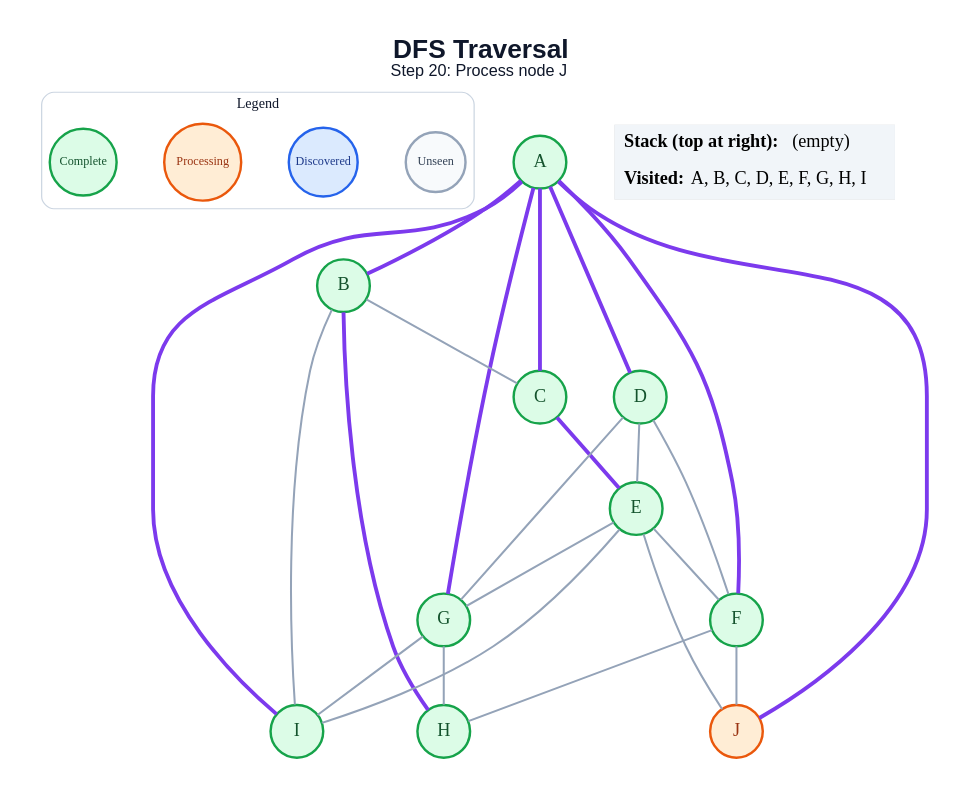
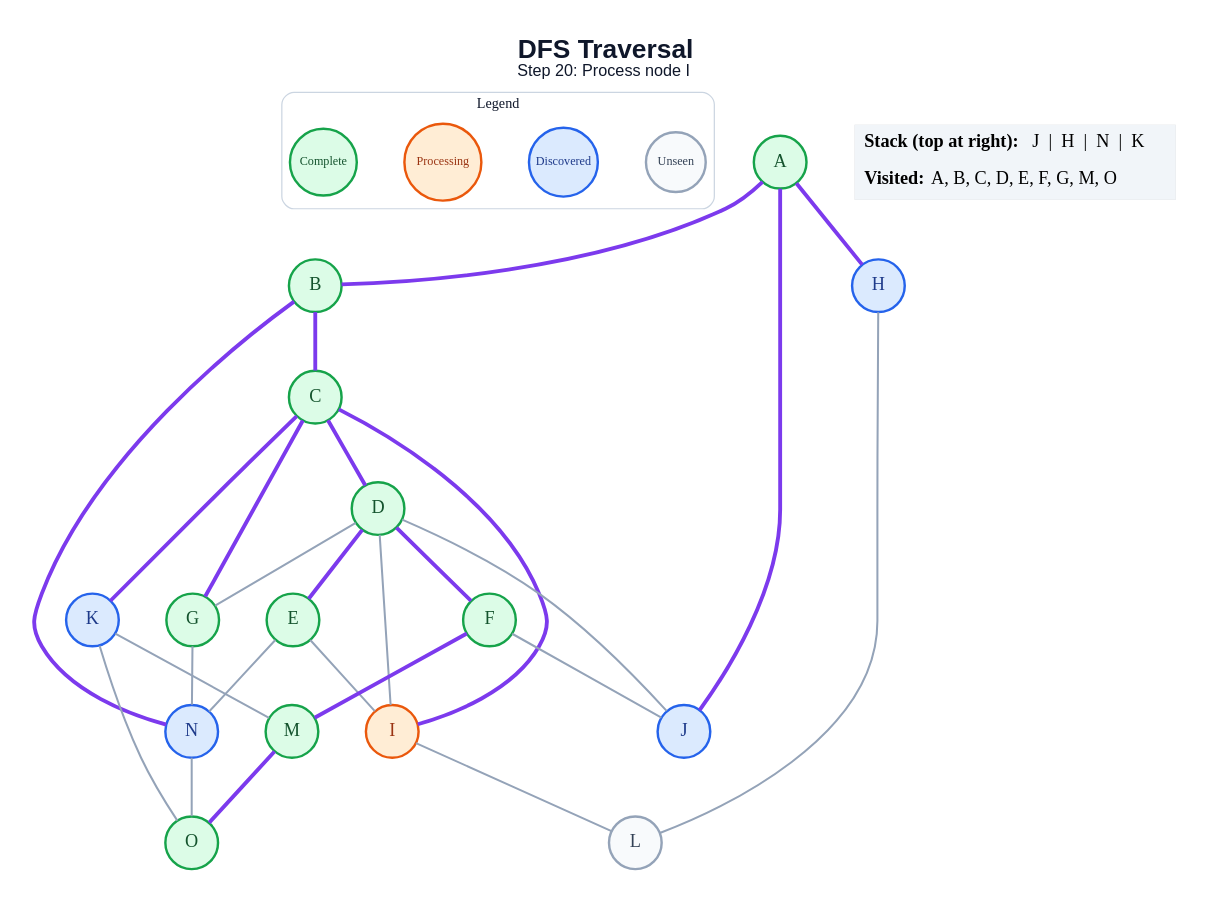
Before and after one commit to anon7238593-create/ai-slop: the diagram in generated/dfs/step_20.dot, drawn with Graphviz. The commit also changed 268 other files, not shown here.

```diff
--- a/generated/dfs/step_20.dot
+++ b/generated/dfs/step_20.dot
@@ -1,51 +1,59 @@
 graph traversal {
   graph [layout=dot, rankdir=TB, bgcolor="#FFFFFF", pad="0.35", nodesep="0.65", ranksep="0.8", fontname="Arial"];
   node [shape=circle, style="filled", fontname="Arial Bold", fontsize=18, width=0.72, fixedsize=true, penwidth=2.4];
   edge [color="#94A3B8", penwidth=2.0];
-  label=<<B>DFS Traversal</B><BR/><FONT POINT-SIZE="16">Step 20: Process node J</FONT>>; labelloc="t"; fontsize=26; fontname="Arial"; fontcolor="#0F172A";
+  label=<<B>DFS Traversal</B><BR/><FONT POINT-SIZE="16">Step 20: Process node I</FONT>>; labelloc="t"; fontsize=26; fontname="Arial"; fontcolor="#0F172A";
   subgraph cluster_legend { label="Legend"; color="#CBD5E1"; penwidth=1.2; style="rounded"; fontsize=14; fontname="Arial Bold";
     key_unseen [label="Unseen", fillcolor="#F8FAFC", color="#94A3B8", fontcolor="#334155", fontsize=12, width=0.82];
     key_frontier [label="Discovered", fillcolor="#DBEAFE", color="#2563EB", fontcolor="#1E3A8A", fontsize=12, width=0.95];
     key_current [label="Processing", fillcolor="#FFEDD5", color="#EA580C", fontcolor="#9A3412", fontsize=12, width=1.05];
     key_done [label="Complete", fillcolor="#DCFCE7", color="#16A34A", fontcolor="#14532D", fontsize=12, width=0.92];
     { rank=same; key_unseen; key_frontier; key_current; key_done; }
   }
   A [fillcolor="#DCFCE7", color="#16A34A", fontcolor="#14532D"];
   B [fillcolor="#DCFCE7", color="#16A34A", fontcolor="#14532D"];
   C [fillcolor="#DCFCE7", color="#16A34A", fontcolor="#14532D"];
   D [fillcolor="#DCFCE7", color="#16A34A", fontcolor="#14532D"];
   E [fillcolor="#DCFCE7", color="#16A34A", fontcolor="#14532D"];
   F [fillcolor="#DCFCE7", color="#16A34A", fontcolor="#14532D"];
   G [fillcolor="#DCFCE7", color="#16A34A", fontcolor="#14532D"];
-  H [fillcolor="#DCFCE7", color="#16A34A", fontcolor="#14532D"];
-  I [fillcolor="#DCFCE7", color="#16A34A", fontcolor="#14532D"];
-  J [fillcolor="#FFEDD5", color="#EA580C", fontcolor="#9A3412"];
+  H [fillcolor="#DBEAFE", color="#2563EB", fontcolor="#1E3A8A"];
+  I [fillcolor="#FFEDD5", color="#EA580C", fontcolor="#9A3412"];
+  J [fillcolor="#DBEAFE", color="#2563EB", fontcolor="#1E3A8A"];
+  K [fillcolor="#DBEAFE", color="#2563EB", fontcolor="#1E3A8A"];
+  L [fillcolor="#F8FAFC", color="#94A3B8", fontcolor="#334155"];
+  M [fillcolor="#DCFCE7", color="#16A34A", fontcolor="#14532D"];
+  N [fillcolor="#DBEAFE", color="#2563EB", fontcolor="#1E3A8A"];
+  O [fillcolor="#DCFCE7", color="#16A34A", fontcolor="#14532D"];
   A -- B [color="#7C3AED", penwidth=3.8];
-  A -- C [color="#7C3AED", penwidth=3.8];
-  A -- D [color="#7C3AED", penwidth=3.8];
-  A -- F [color="#7C3AED", penwidth=3.8];
-  A -- G [color="#7C3AED", penwidth=3.8];
-  A -- I [color="#7C3AED", penwidth=3.8];
+  A -- H [color="#7C3AED", penwidth=3.8];
   A -- J [color="#7C3AED", penwidth=3.8];
-  B -- C;
-  B -- H [color="#7C3AED", penwidth=3.8];
-  B -- I;
-  C -- E [color="#7C3AED", penwidth=3.8];
-  D -- E;
-  D -- F;
+  B -- C [color="#7C3AED", penwidth=3.8];
+  B -- N [color="#7C3AED", penwidth=3.8];
+  C -- D [color="#7C3AED", penwidth=3.8];
+  C -- G [color="#7C3AED", penwidth=3.8];
+  C -- I [color="#7C3AED", penwidth=3.8];
+  C -- K [color="#7C3AED", penwidth=3.8];
+  D -- E [color="#7C3AED", penwidth=3.8];
+  D -- F [color="#7C3AED", penwidth=3.8];
   D -- G;
-  E -- F;
-  E -- G;
+  D -- I;
+  D -- J;
   E -- I;
-  E -- J;
-  F -- H;
+  E -- N;
   F -- J;
-  G -- H;
-  G -- I;
+  F -- M [color="#7C3AED", penwidth=3.8];
+  G -- N;
+  H -- L;
+  I -- L;
+  K -- M;
+  K -- O;
+  M -- O [color="#7C3AED", penwidth=3.8];
+  N -- O;
   status [shape=plain, fixedsize=false, width=0, height=0, margin=0, label=<
     <TABLE BORDER="0" CELLBORDER="0" CELLPADDING="7" BGCOLOR="#F1F5F9">
-      <TR><TD ALIGN="LEFT"><B>Stack (top at right):</B> (empty)</TD></TR>
-      <TR><TD ALIGN="LEFT"><B>Visited:</B> A, B, C, D, E, F, G, H, I</TD></TR>
+      <TR><TD ALIGN="LEFT"><B>Stack (top at right):</B> J  |  H  |  N  |  K</TD></TR>
+      <TR><TD ALIGN="LEFT"><B>Visited:</B> A, B, C, D, E, F, G, M, O</TD></TR>
     </TABLE>
   >];
 }
```
